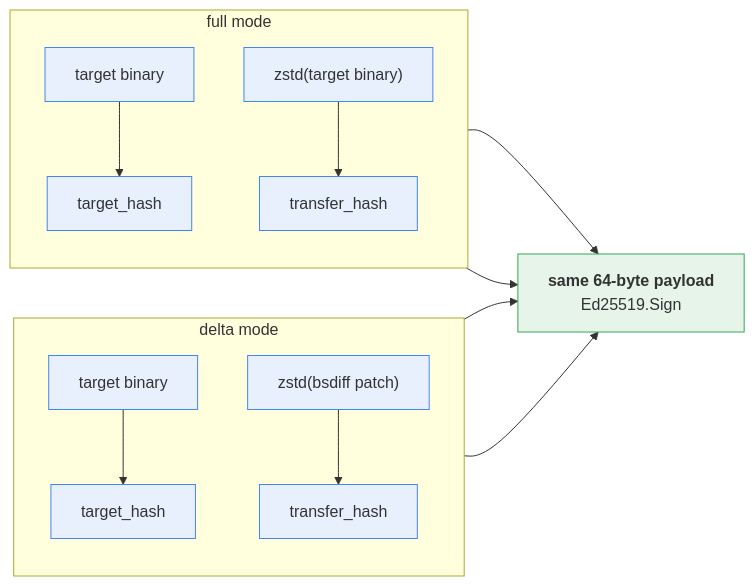
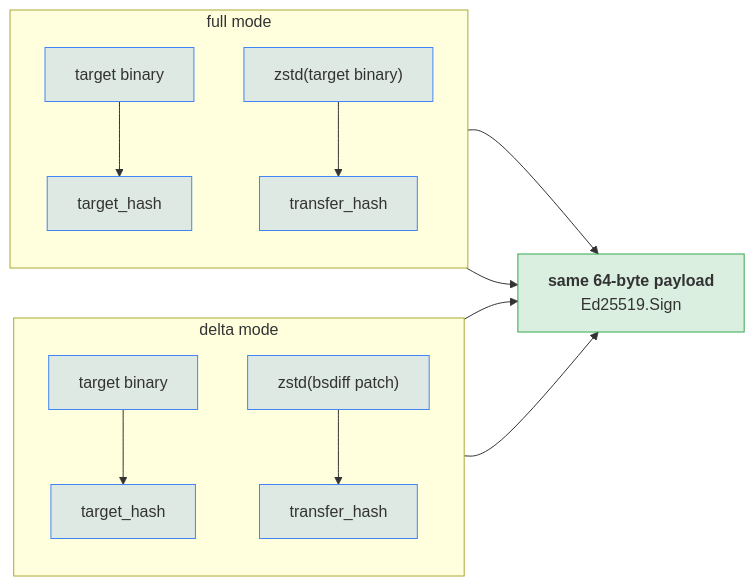
Before and after one commit to carlosprados/ota-updater: the first of 3 diagrams in site/content/protocol/signing.md, drawn with Mermaid. The commit also changed other lines of this file and 13 other files, not shown here.

First line of the commit message:
fix(docs): broken diagram, unreadable colours, duplicated H1, footer links

````diff
--- a/site/content/protocol/signing.md
+++ b/site/content/protocol/signing.md
@@ -39,22 +37,22 @@
 ```mermaid
 flowchart LR
     subgraph DELTA["delta mode"]
         direction TB
         DT["target binary"] --> DTH["target_hash"]
         DP["zstd(bsdiff patch)"] --> DPH["transfer_hash"]
     end
 
     subgraph FULL["full mode"]
         direction TB
         FT["target binary"] --> FTH["target_hash"]
         FP["zstd(target binary)"] --> FPH["transfer_hash"]
     end
 
     DTH & DPH --> SIG["<b>same 64-byte payload</b><br/>Ed25519.Sign"]
     FTH & FPH --> SIG
 
-    classDef mode fill:#e8f0fe,stroke:#4285f4
-    classDef sig fill:#e6f4ea,stroke:#34a853
+    classDef mode fill:#4285f42e,stroke:#4285f4
+    classDef sig fill:#34a8532e,stroke:#34a853
     class DT,DTH,DP,DPH,FT,FTH,FP,FPH mode
     class SIG sig
 ```
````
